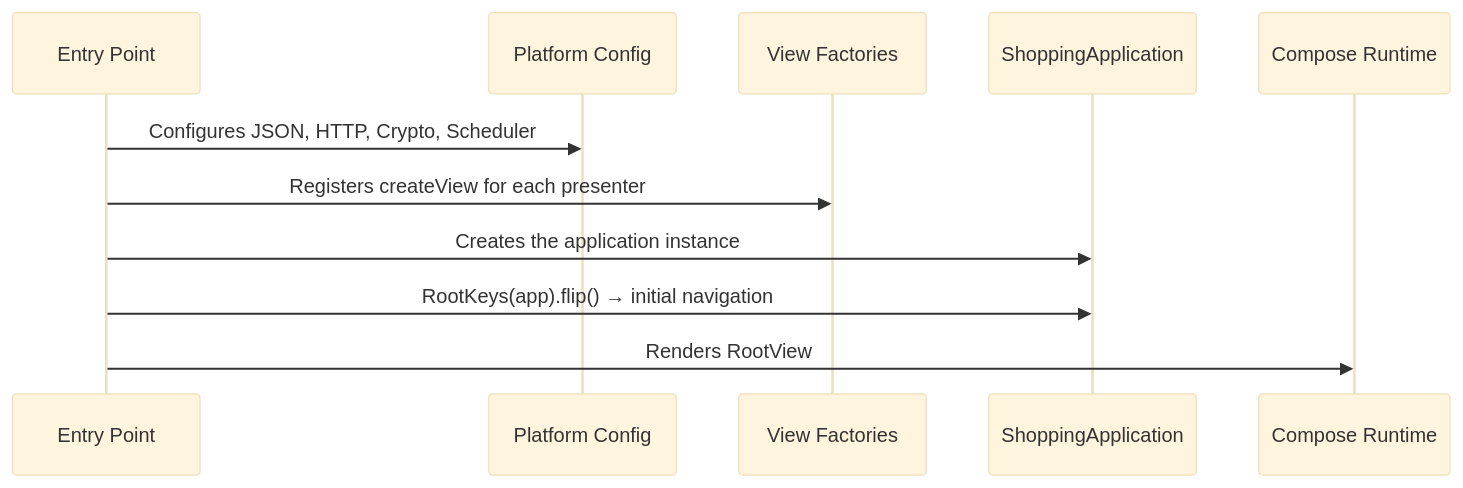
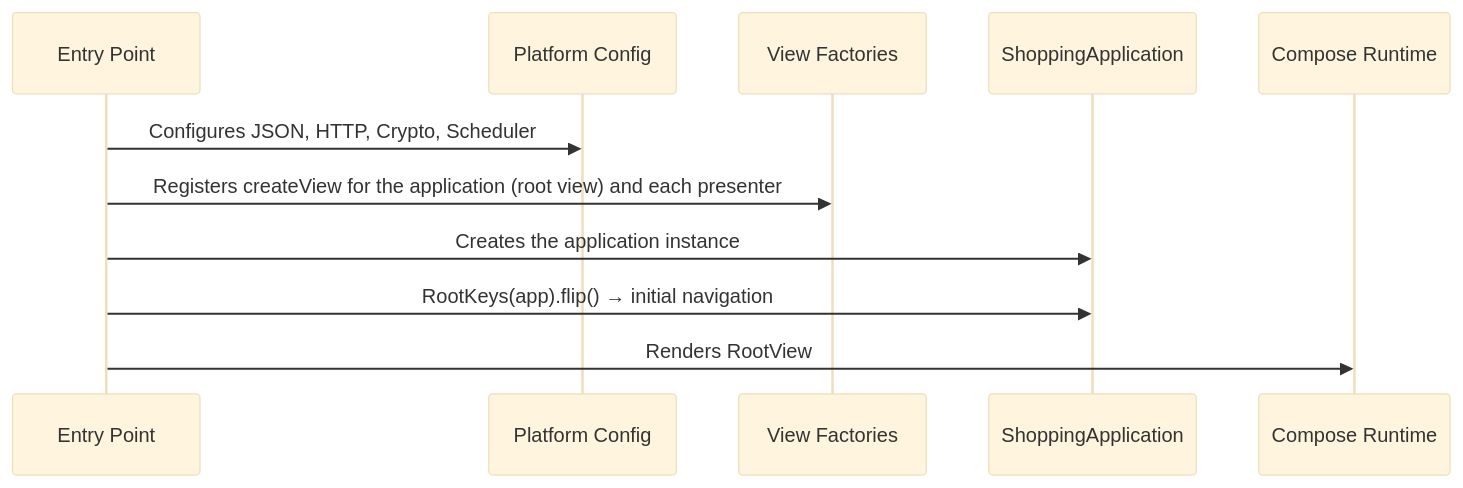
One commit to mrcdom/wdc-cube-kotlin changed the seventh of 9 diagrams in docs/architecture-cube-compose.md. Above: the diagram before and after it, drawn with Mermaid (base theme). The commit also changed other lines of this file and 22 other files, not shown here.

First line of the commit message:
refactor(presentation): ShoppingApplication absorbs RootPresenter

````diff
--- a/docs/architecture-cube-compose.md
+++ b/docs/architecture-cube-compose.md
@@ -418,14 +432,14 @@
 ```mermaid
 sequenceDiagram
     participant Main as Entry Point
     participant Plat as Platform Config
     participant Factories as View Factories
     participant App as ShoppingApplication
     participant Compose as Compose Runtime
 
     Main->>Plat: Configures JSON, HTTP, Crypto, Scheduler
-    Main->>Factories: Registers createView for each presenter
+    Main->>Factories: Registers createView for the application (root view) and each presenter
     Main->>App: Creates the application instance
     Main->>App: RootKeys(app).flip() → initial navigation
     Main->>Compose: Renders RootView
 ```
````
